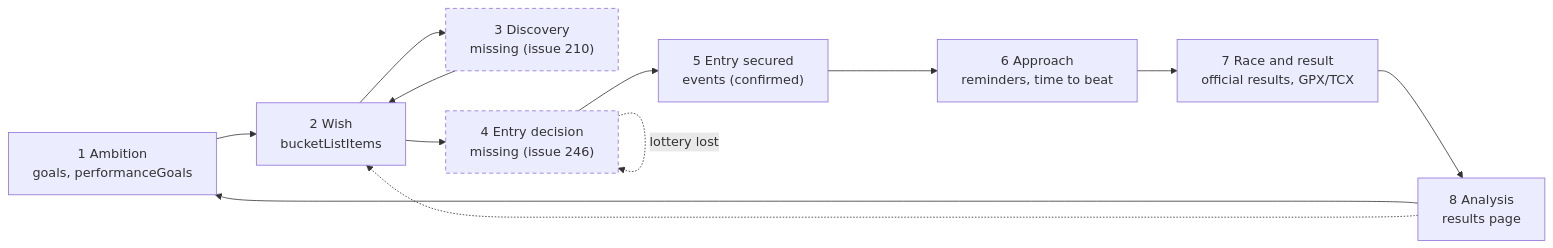
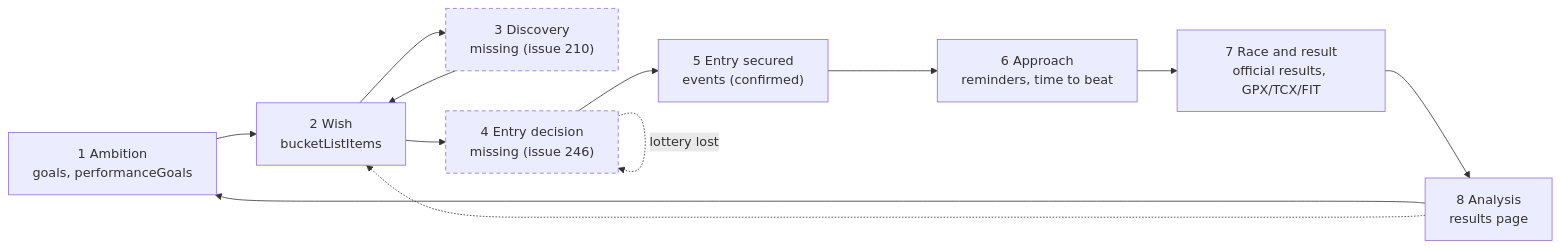
One commit to Seven-Panda-Labs/queima-asfalto changed the second of 2 diagrams in docs/race-lifecycle.md. Above: the diagram before and after it, drawn with Mermaid. The commit also changed other lines of this file and 42 other files, not shown here.

````diff
--- a/docs/race-lifecycle.md
+++ b/docs/race-lifecycle.md
@@ -164,17 +164,17 @@
 ```mermaid
 flowchart LR
   A["1 Ambition<br/>goals, performanceGoals"] --> B["2 Wish<br/>bucketListItems"]
   C["3 Discovery<br/>missing (issue 210)"] --> B
   B --> C
   B --> D["4 Entry decision<br/>missing (issue 246)"]
   D --> E["5 Entry secured<br/>events (confirmed)"]
   E --> F["6 Approach<br/>reminders, time to beat"]
-  F --> G["7 Race and result<br/>official results, GPX/TCX"]
+  F --> G["7 Race and result<br/>official results, GPX/TCX/FIT"]
   G --> H["8 Analysis<br/>results page"]
   H --> A
   H -.-> B
   D -.->|"lottery lost"| D
 
   classDef missing stroke-dasharray: 5 4
   class C,D missing
 ```
````
